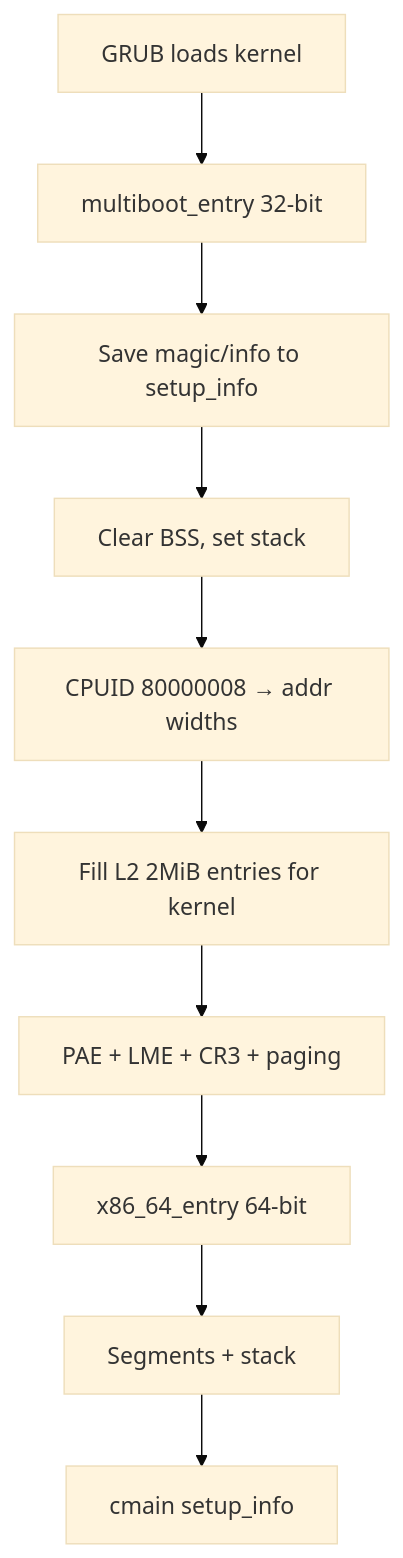
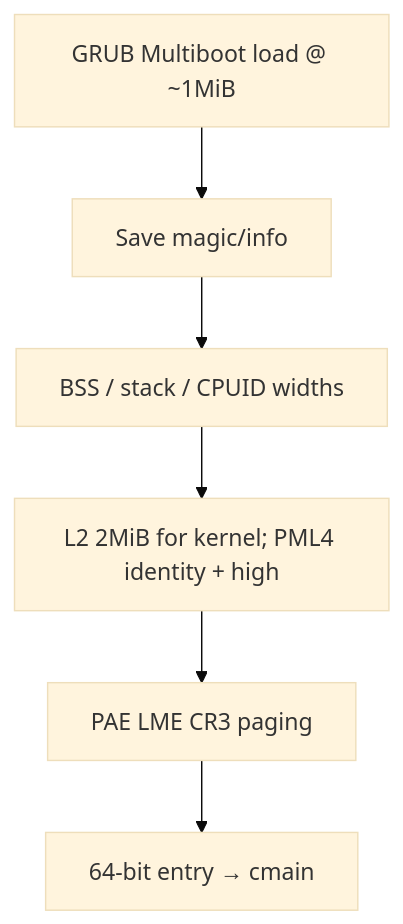
The first of 2 diagrams in docs/v0.1/full/01-启动与初始化/平台启动-x86_64.md (ZhiyuanSue/RendezvOS), drawn with Mermaid (base theme) before and after one commit. The commit also changed other lines of this file and 49 other files, not shown here.

````diff
--- a/docs/v0.1/full/01-启动与初始化/平台启动-x86_64.md
+++ b/docs/v0.1/full/01-启动与初始化/平台启动-x86_64.md
@@ -92,12 +141,8 @@
 ```mermaid
 flowchart TD
-  A[GRUB loads kernel] --> B[multiboot_entry 32-bit]
-  B --> C[Save magic/info to setup_info]
-  C --> D[Clear BSS, set stack]
-  D --> E[CPUID 80000008 → addr widths]
-  E --> F[Fill L2 2MiB entries for kernel]
-  F --> G[PAE + LME + CR3 + paging]
-  G --> H[x86_64_entry 64-bit]
-  H --> I[Segments + stack]
-  I --> J[cmain setup_info]
+  A[GRUB Multiboot load @ ~1MiB] --> B[Save magic/info]
+  B --> C[BSS / stack / CPUID widths]
+  C --> D[L2 2MiB for kernel; PML4 identity + high]
+  D --> E[PAE LME CR3 paging]
+  E --> F[64-bit entry → cmain]
 ```
````
